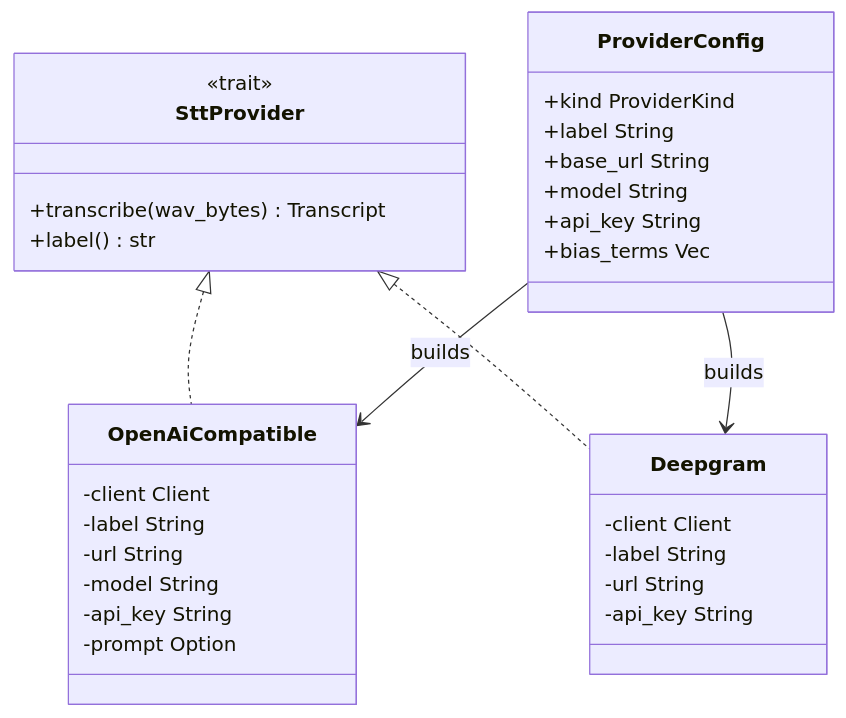
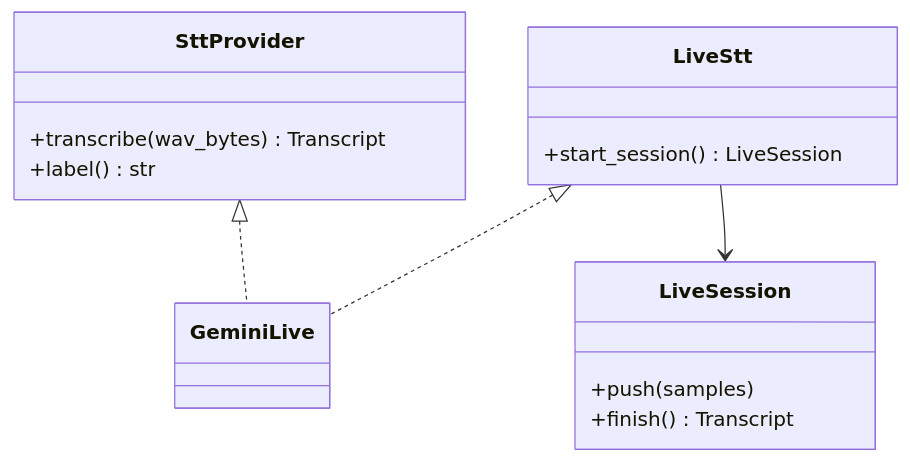
The diagram in Docs/features/TRANSCRIPTION.md (BoardPandas/Hark), drawn with Mermaid before and after one commit. The commit also changed other lines of this file and 25 other files, not shown here.

````diff
--- a/Docs/features/TRANSCRIPTION.md
+++ b/Docs/features/TRANSCRIPTION.md
@@ -49,34 +34,18 @@
 ```mermaid
 classDiagram
     class SttProvider {
-        <<trait>>
         +transcribe(wav_bytes) Transcript
         +label() str
     }
-    class OpenAiCompatible {
-        -client Client
-        -label String
-        -url String
-        -model String
-        -api_key String
-        -prompt Option
+    class LiveStt {
+        +start_session() LiveSession
     }
-    class Deepgram {
-        -client Client
-        -label String
-        -url String
-        -api_key String
+    class LiveSession {
+        +push(samples)
+        +finish() Transcript
     }
-    class ProviderConfig {
-        +kind ProviderKind
-        +label String
-        +base_url String
-        +model String
-        +api_key String
-        +bias_terms Vec
-    }
-    SttProvider <|.. OpenAiCompatible
-    SttProvider <|.. Deepgram
-    ProviderConfig --> OpenAiCompatible : builds
-    ProviderConfig --> Deepgram : builds
+    class GeminiLive
+    SttProvider <|.. GeminiLive
+    LiveStt <|.. GeminiLive
+    LiveStt --> LiveSession
 ```
````
